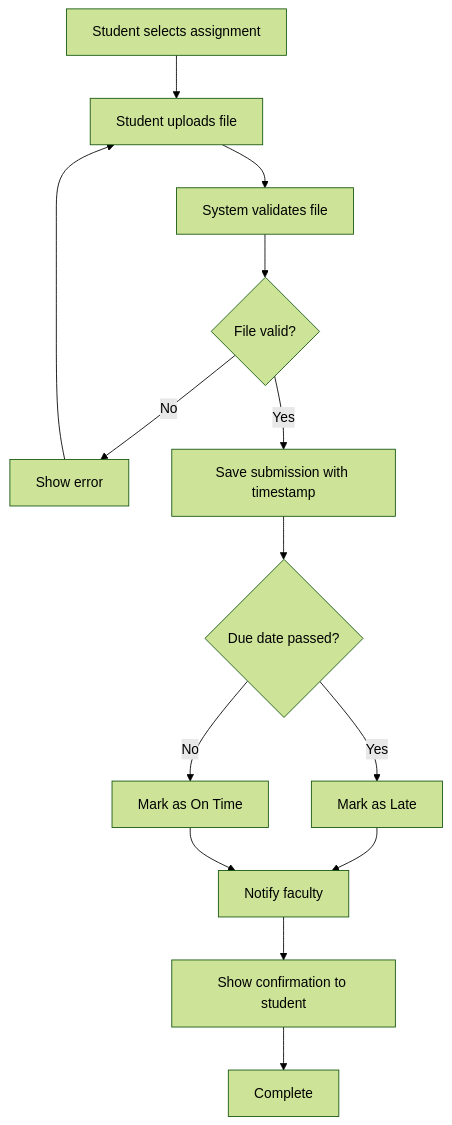
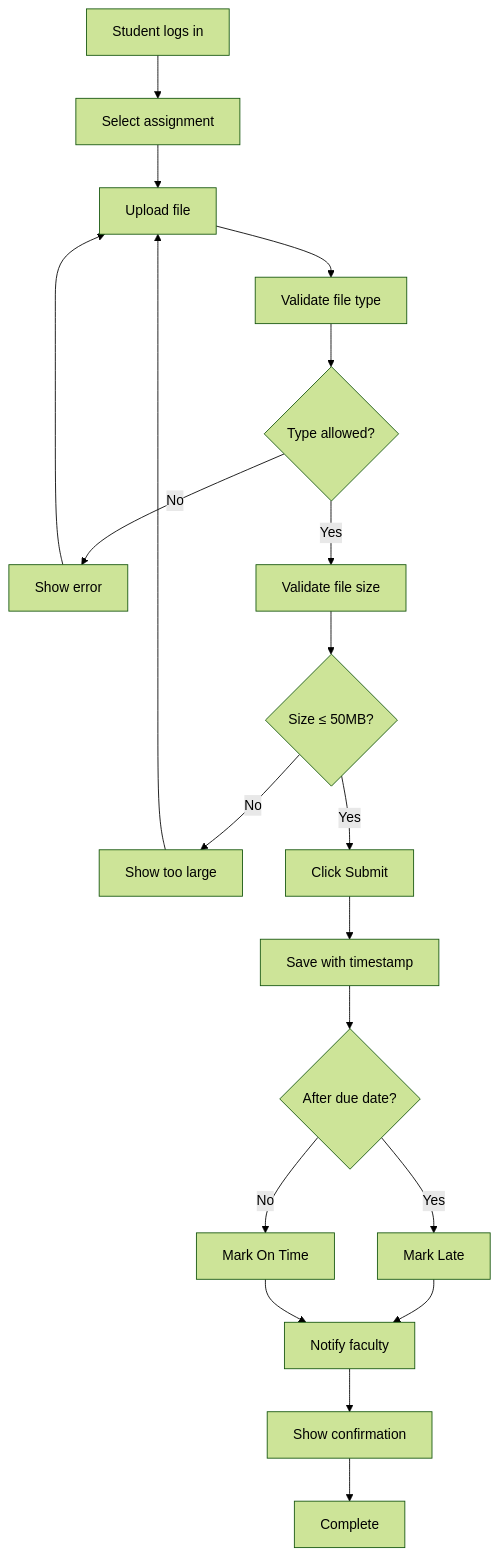
The second of 8 diagrams in activity-diagrams.md (Amanda2026-crypto/smart-campus-connect), drawn with Mermaid (forest theme) before and after one commit. The commit also changed other lines of this file, not shown here.

````diff
--- a/activity-diagrams.md
+++ b/activity-diagrams.md
@@ -39,17 +60,22 @@
 ```mermaid
 flowchart TD
-    A[Student selects assignment] --> B[Student uploads file]
-    B --> C[System validates file]
-    C --> D{File valid?}
-    D -->|No| E[Show error]
-    E --> B
-    D -->|Yes| F[Save submission with timestamp]
-    F --> G{Due date passed?}
-    G -->|Yes| H[Mark as Late]
-    G -->|No| I[Mark as On Time]
-    H --> J[Notify faculty]
-    I --> J
-    J --> K[Show confirmation to student]
-    K --> L[Complete]
-
+    A[Student logs in] --> B[Select assignment]
+    B --> C[Upload file]
+    C --> D[Validate file type]
+    D --> E{Type allowed?}
+    E -->|No| F[Show error]
+    F --> C
+    E -->|Yes| G[Validate file size]
+    G --> H{Size ≤ 50MB?}
+    H -->|No| I[Show too large]
+    I --> C
+    H -->|Yes| J[Click Submit]
+    J --> K[Save with timestamp]
+    K --> L{After due date?}
+    L -->|Yes| M[Mark Late]
+    L -->|No| N[Mark On Time]
+    M --> O[Notify faculty]
+    N --> O
+    O --> P[Show confirmation]
+    P --> Q[Complete]
 ```
````
